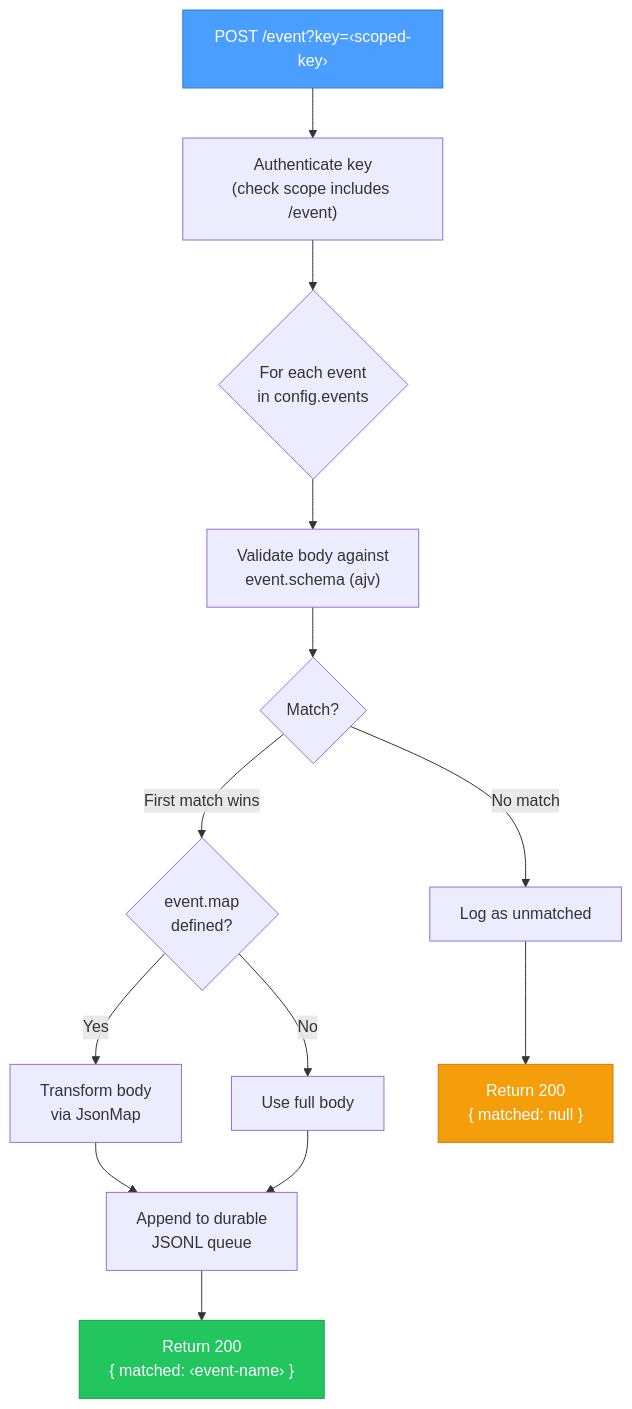
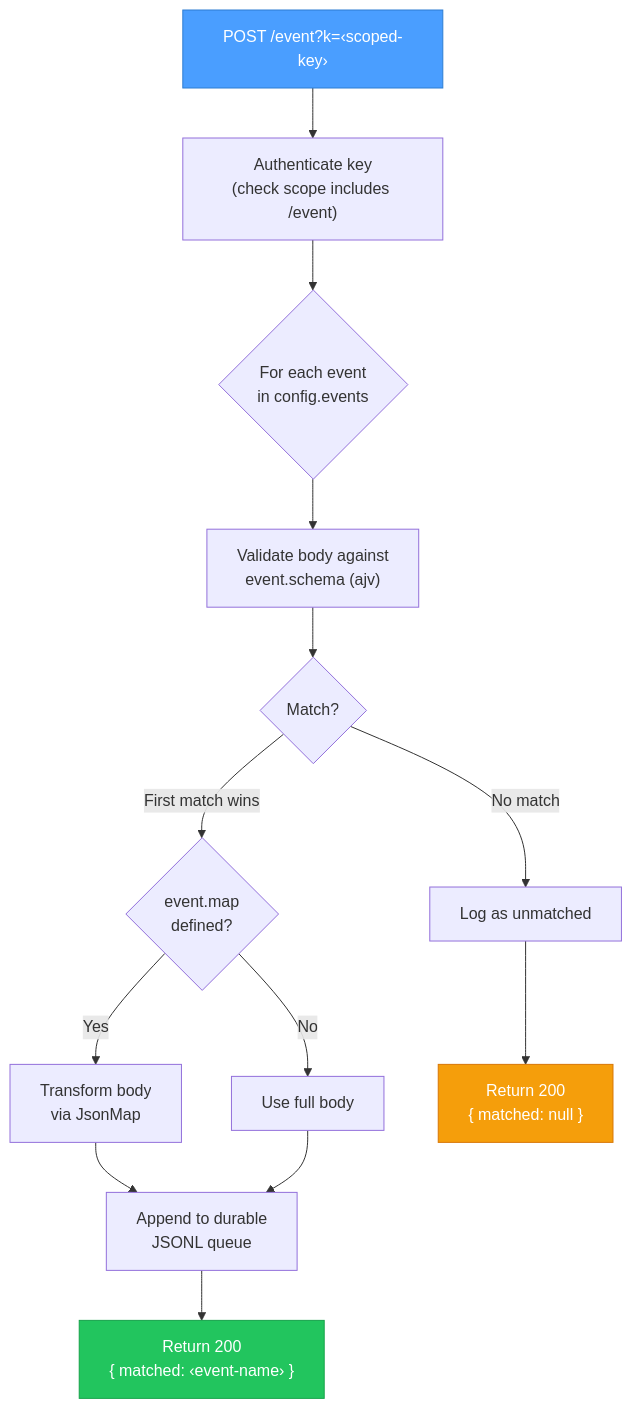
One commit to karmaniverous/jeeves-server changed the diagram in packages/service/guides/event-gateway.mmd. Above: the diagram before and after it, drawn with Mermaid. The commit also changed 15 other files, not shown here.

```diff
--- a/packages/service/guides/event-gateway.mmd
+++ b/packages/service/guides/event-gateway.mmd
@@ -1,17 +1,17 @@
 flowchart TD
-    A["POST /event?key=‹scoped-key›"] --> B["Authenticate key\n(check scope includes /event)"]
+    A["POST /event?k=‹scoped-key›"] --> B["Authenticate key\n(check scope includes /event)"]
     B --> C{"For each event\nin config.events"}
     C --> D["Validate body against\nevent.schema (ajv)"]
     D --> E{"Match?"}
     E -- "First match wins" --> F{"event.map\ndefined?"}
     F -- Yes --> G["Transform body\nvia JsonMap"]
     F -- No --> H["Use full body"]
     G --> I["Append to durable\nJSONL queue"]
     H --> I
     I --> J["Return 200\n{ matched: ‹event-name› }"]
     E -- "No match" --> K["Log as unmatched"]
     K --> L["Return 200\n{ matched: null }"]
 
     style A fill:#4a9eff,color:#fff,stroke:#2d7dd2
     style J fill:#22c55e,color:#fff,stroke:#16a34a
     style L fill:#f59e0b,color:#fff,stroke:#d97706
```
